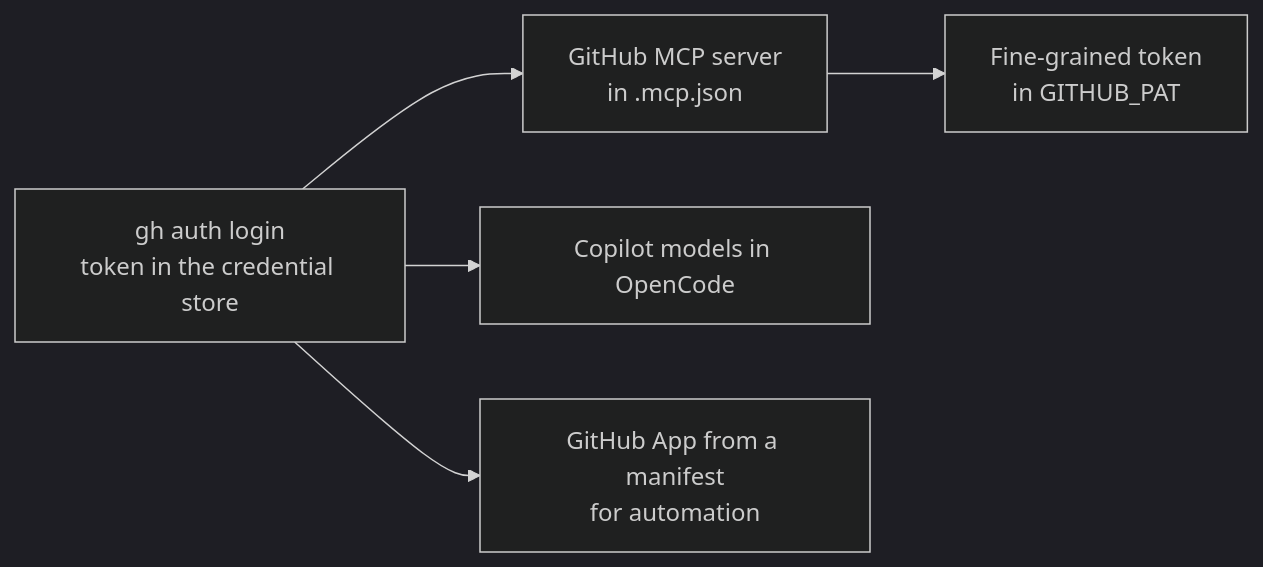
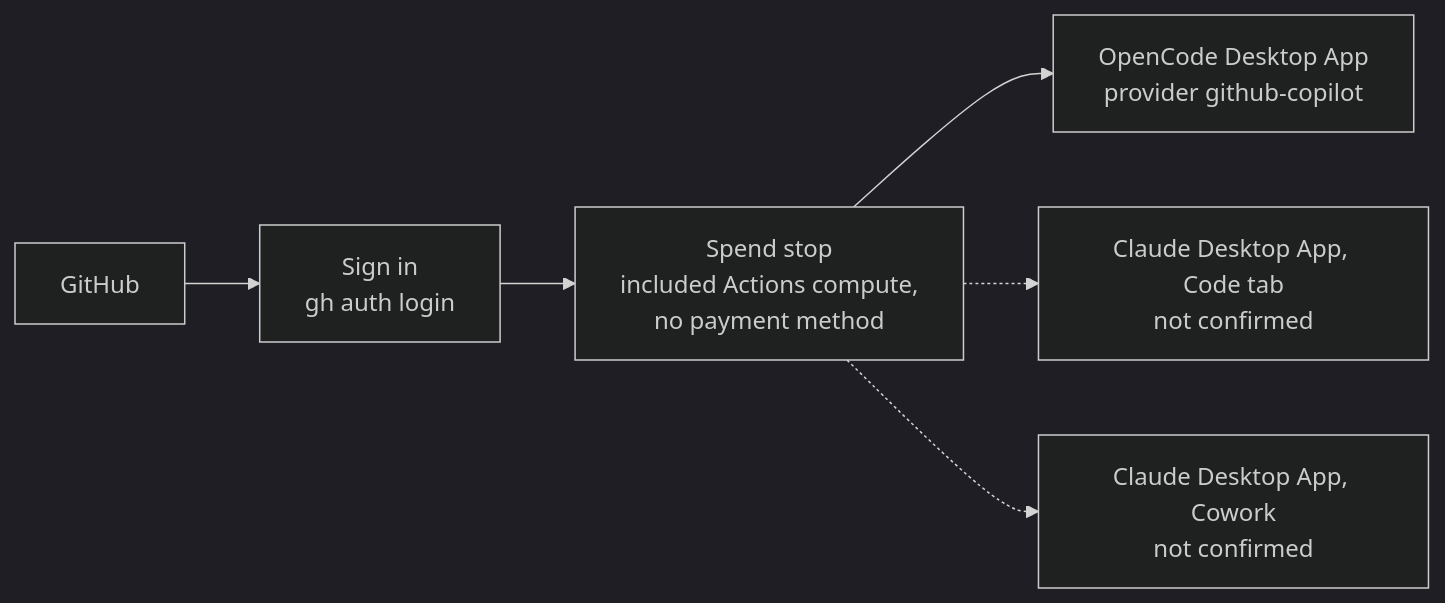
Before and after one commit to SoulCraft-Org/compute-crafter: the diagram in guides/github.md, drawn with Mermaid (dark theme). The commit also changed other lines of this file and 11 other files, not shown here.

First line of the commit message:
🎨 Guides batch 4: visual first, two desktop apps (GitHub, Goose, Zed, Claude API)

````diff
--- a/guides/github.md
+++ b/guides/github.md
@@ -9,6 +5,7 @@
 ```mermaid
 flowchart LR
-  L[gh auth login<br/>token in the credential store] --> M[GitHub MCP server<br/>in .mcp.json] --> P[Fine-grained token<br/>in GITHUB_PAT]
-  L --> C[Copilot models in OpenCode]
-  L --> A[GitHub App from a manifest<br/>for automation]
+  P[GitHub] --> S[Sign in<br/>gh auth login] --> G[Spend stop<br/>included Actions compute,<br/>no payment method]
+  G --> O[OpenCode Desktop App<br/>provider github-copilot]
+  G -.-> C[Claude Desktop App, Code tab<br/>not confirmed]
+  G -.-> W[Claude Desktop App, Cowork<br/>not confirmed]
 ```
````
